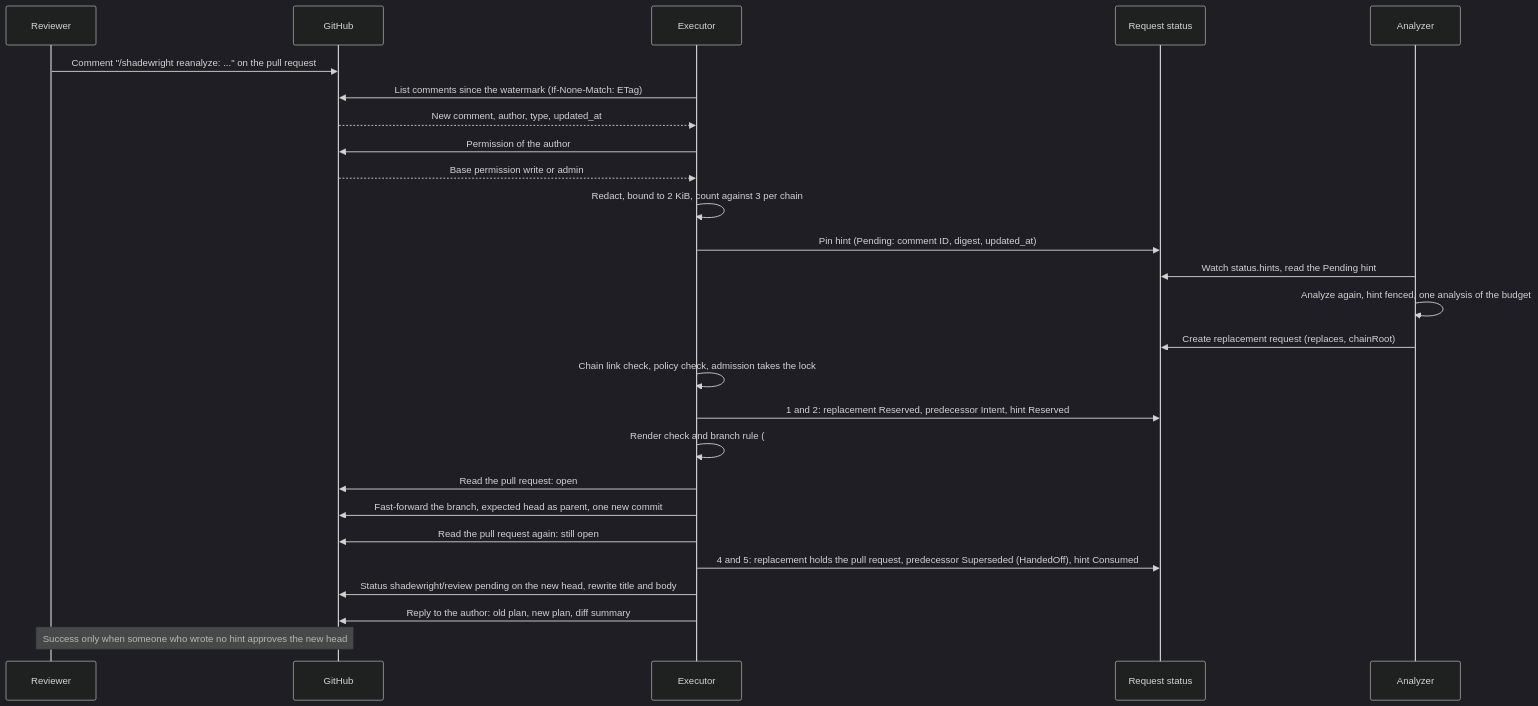
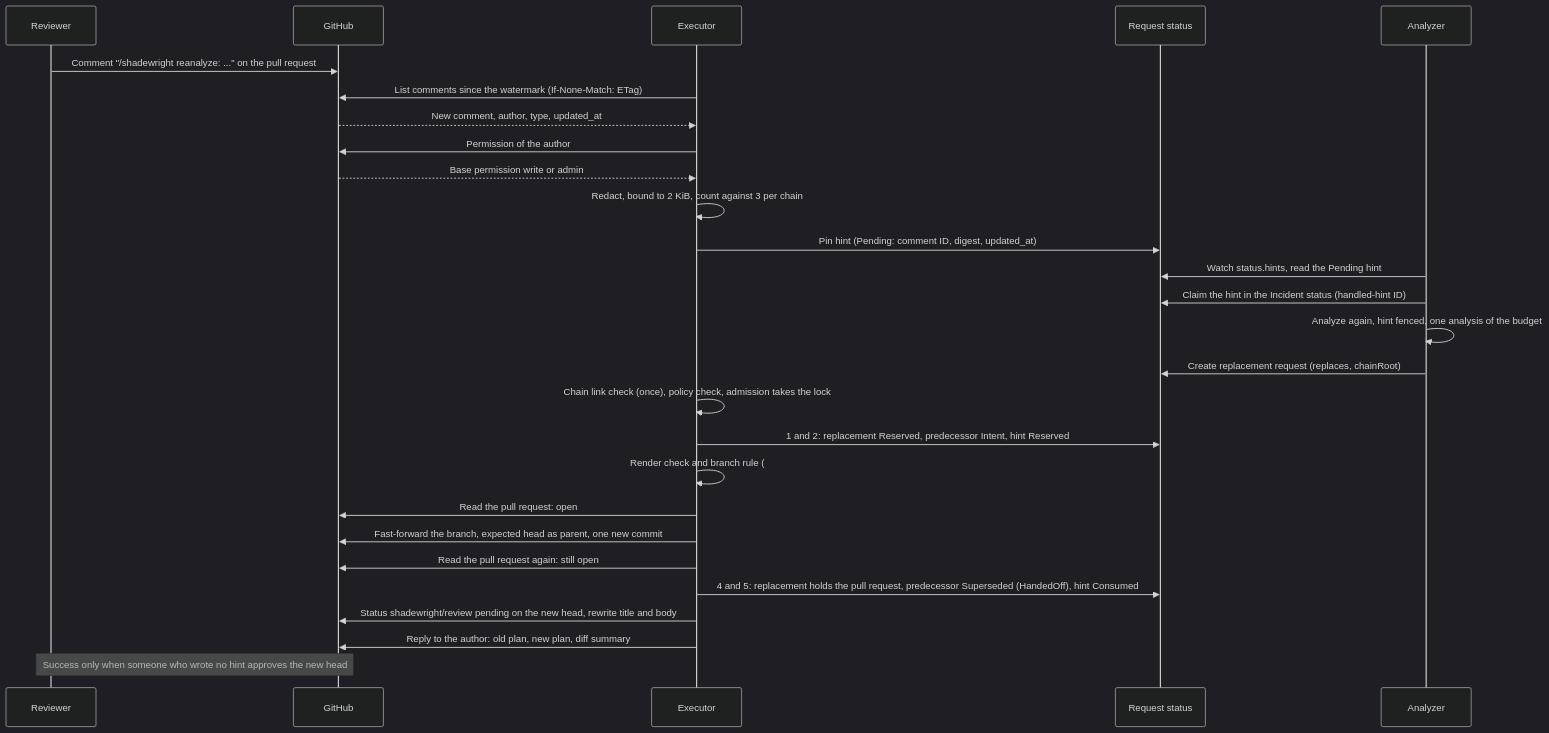
Before and after one commit to pkalin/shadewright: the first of 3 diagrams in docs/adr/0028-reviewer-hints-through-the-pull-request.md, drawn with Mermaid (dark theme). The commit also changed other lines of this file and 7 other files, not shown here.

First line of the commit message:
docs(adr): require the review check from the App, scope the chain link to admission and decide merges by head

````diff
--- a/docs/adr/0028-reviewer-hints-through-the-pull-request.md
+++ b/docs/adr/0028-reviewer-hints-through-the-pull-request.md
@@ -128,28 +130,29 @@
 ```mermaid
 sequenceDiagram
     participant R as Reviewer
     participant G as GitHub
     participant E as Executor
     participant S as Request status
     participant A as Analyzer
     R->>G: Comment "/shadewright reanalyze: ..." on the pull request
     E->>G: List comments since the watermark (If-None-Match: ETag)
     G-->>E: New comment, author, type, updated_at
     E->>G: Permission of the author
     G-->>E: Base permission write or admin
     E->>E: Redact, bound to 2 KiB, count against 3 per chain
     E->>S: Pin hint (Pending: comment ID, digest, updated_at)
     A->>S: Watch status.hints, read the Pending hint
+    A->>S: Claim the hint in the Incident status (handled-hint ID)
     A->>A: Analyze again, hint fenced, one analysis of the budget
     A->>S: Create replacement request (replaces, chainRoot)
-    E->>E: Chain link check, policy check, admission takes the lock
+    E->>E: Chain link check (once), policy check, admission takes the lock
     E->>S: 1 and 2: replacement Reserved, predecessor Intent, hint Reserved
     E->>E: Render check and branch rule (#524)
     E->>G: Read the pull request: open
     E->>G: Fast-forward the branch, expected head as parent, one new commit
     E->>G: Read the pull request again: still open
     E->>S: 4 and 5: replacement holds the pull request, predecessor Superseded (HandedOff), hint Consumed
     E->>G: Status shadewright/review pending on the new head, rewrite title and body
     E->>G: Reply to the author: old plan, new plan, diff summary
     Note over R,G: Success only when someone who wrote no hint approves the new head
 ```
````
